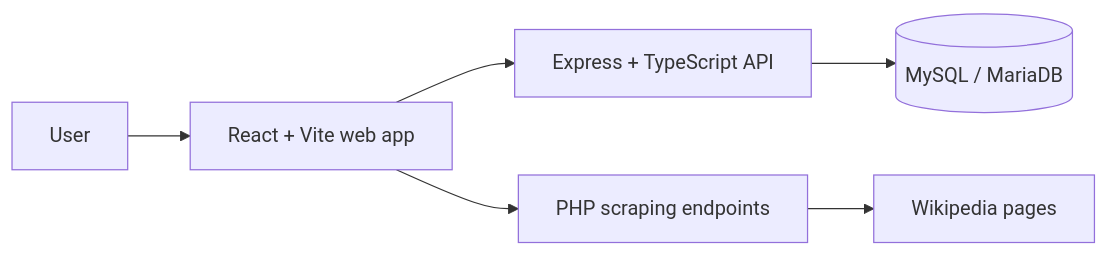
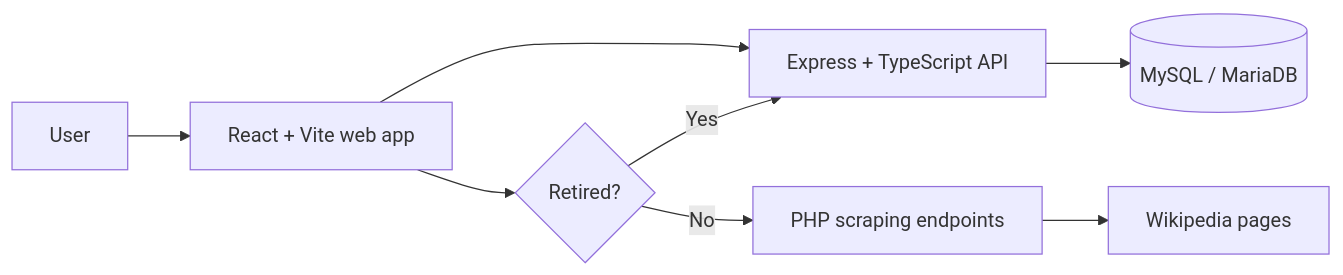
The diagram in README.md (theblondcoder/StarStats), drawn with Mermaid before and after one commit. The commit also changed other lines of this file, not shown here.

````diff
--- a/README.md
+++ b/README.md
@@ -29,8 +30,10 @@
 ```mermaid
 flowchart LR
     User[User] --> Web[React + Vite web app]
     Web --> API[Express + TypeScript API]
-    Web --> Scraper[PHP scraping endpoints]
+    Web --> Decision{Retired?}
+    Decision -->|Yes| API
+    Decision -->|No| Scraper[PHP scraping endpoints]
     API --> DB[(MySQL / MariaDB)]
     Scraper --> Wiki[Wikipedia pages]
 ```
````
